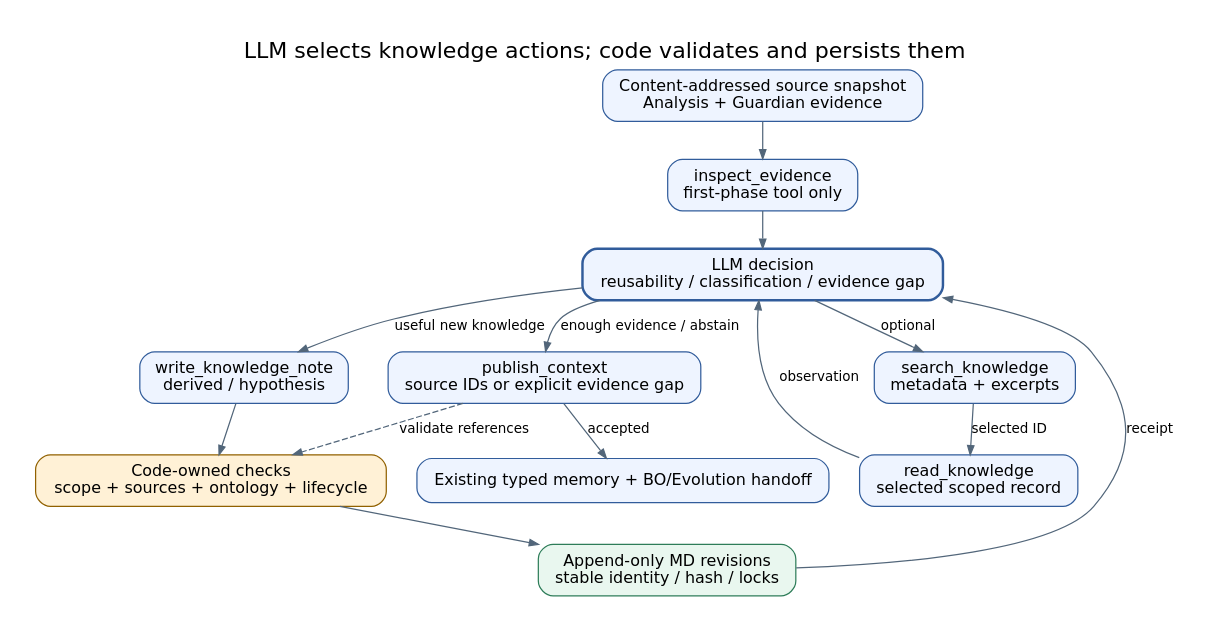
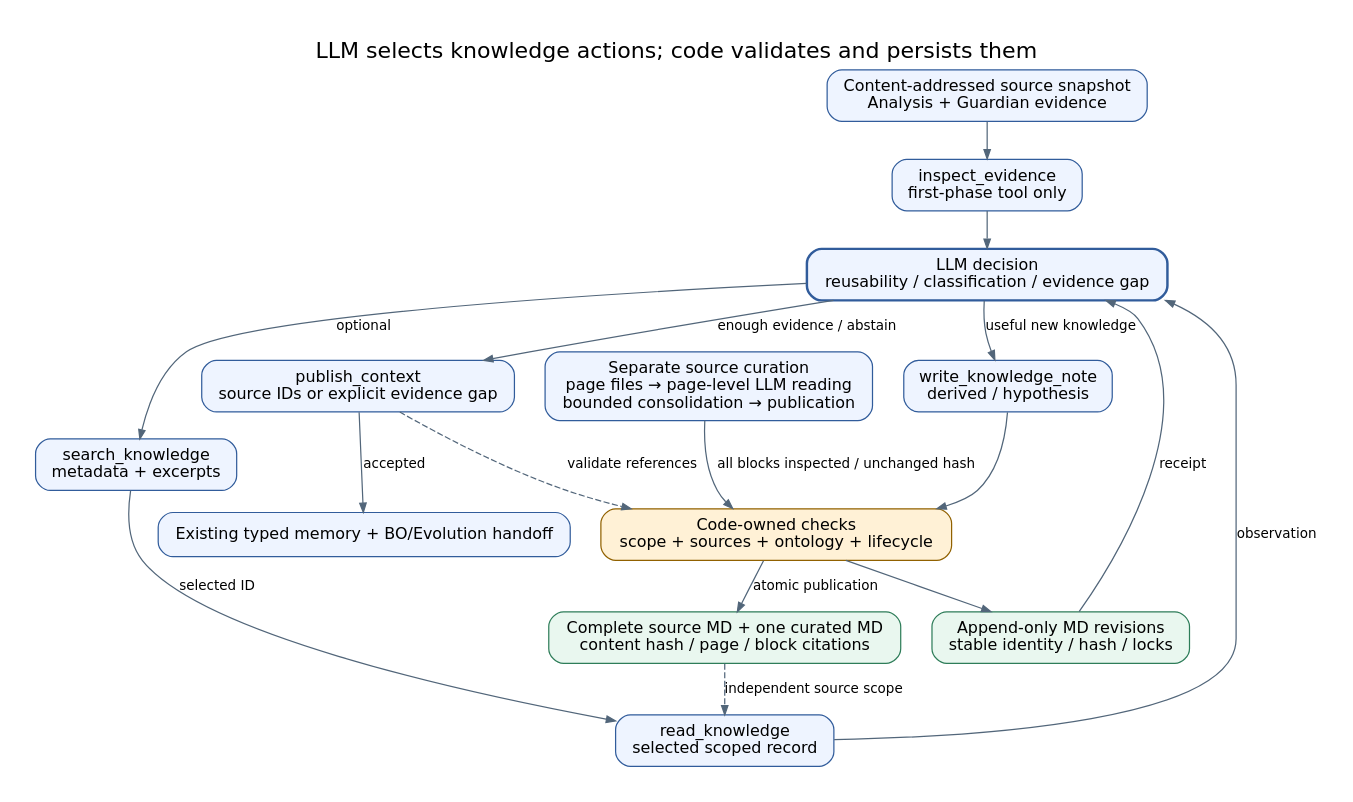
The diagram in docs/agents/assets/figures/knowledge_02_execution_effect_boundary.dot (JIN9811/autonomous_researcher), drawn with Graphviz before and after one commit. The commit also changed 42 other files, not shown here.

```diff
--- a/docs/agents/assets/figures/knowledge_02_execution_effect_boundary.dot
+++ b/docs/agents/assets/figures/knowledge_02_execution_effect_boundary.dot
@@ -1,25 +1,30 @@
 digraph knowledge_execution_effect_boundary {
   graph [rankdir=TB, bgcolor="white", pad="0.3", nodesep="0.35", ranksep="0.4", fontname="DejaVu Sans", fontsize=18, label="LLM selects knowledge actions; code validates and persists them", labelloc=t];
   node [shape=box, style="rounded,filled", fillcolor="#EEF4FF", color="#315C9B", fontname="DejaVu Sans", fontsize=13, margin="0.15,0.1"];
   edge [color="#52667A", fontname="DejaVu Sans", fontsize=11, arrowsize=0.75];
   snapshot [label="Content-addressed source snapshot\nAnalysis + Guardian evidence"];
   inspect [label="inspect_evidence\nfirst-phase tool only"];
   llm [label="LLM decision\nreusability / classification / evidence gap", penwidth=2];
   search [label="search_knowledge\nmetadata + excerpts"];
   read [label="read_knowledge\nselected scoped record"];
   write [label="write_knowledge_note\nderived / hypothesis"];
   gate [label="Code-owned checks\nscope + sources + ontology + lifecycle", fillcolor="#FFF1D6", color="#916100"];
   store [label="Append-only MD revisions\nstable identity / hash / locks", fillcolor="#E9F7EF", color="#2E7D59"];
   publish [label="publish_context\nsource IDs or explicit evidence gap"];
   handoff [label="Existing typed memory + BO/Evolution handoff"];
+  source [label="Separate source curation\npage files → page-level LLM reading\nbounded consolidation → publication"];
+  source_store [label="Complete source MD + one curated MD\ncontent hash / page / block citations", fillcolor="#E9F7EF", color="#2E7D59"];
   snapshot -> inspect -> llm;
   llm -> search [label="optional"];
   search -> read [label="selected ID"];
   read -> llm [label="observation"];
   llm -> write [label="useful new knowledge"];
   write -> gate -> store;
   store -> llm [label="receipt"];
   llm -> publish [label="enough evidence / abstain"];
   publish -> gate [style=dashed, label="validate references"];
   publish -> handoff [label="accepted"];
+  source -> gate [label="all blocks inspected / unchanged hash"];
+  gate -> source_store [label="atomic publication"];
+  source_store -> read [style=dashed, label="independent source scope"];
 }
```
